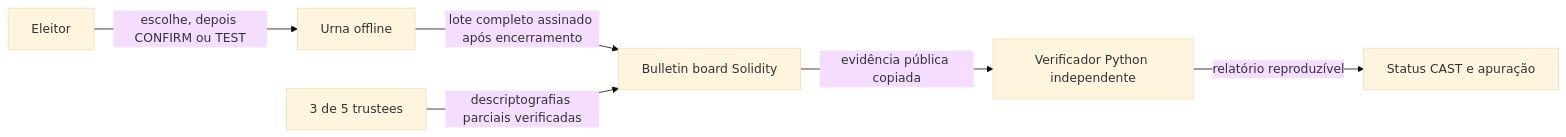
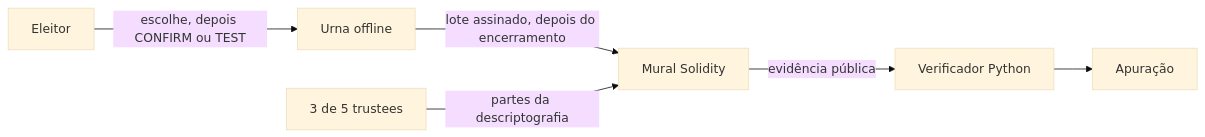
Before and after one commit to Hmenez3s/direct-publication: the diagram in README.pt-BR.md, drawn with Mermaid (base theme). The commit also changed other lines of this file and 1 other file, not shown here.

````diff
--- a/README.pt-BR.md
+++ b/README.pt-BR.md
@@ -21,8 +19,8 @@
 ```mermaid
 flowchart LR
   V[Eleitor] -->|escolhe, depois CONFIRM ou TEST| U[Urna offline]
-  U -->|lote completo assinado após encerramento| B[Bulletin board Solidity]
-  B -->|evidência pública copiada| X[Verificador Python independente]
-  T[3 de 5 trustees] -->|descriptografias parciais verificadas| B
-  X -->|relatório reproduzível| R[Status CAST e apuração]
+  U -->|lote assinado, depois do encerramento| B[Mural Solidity]
+  B -->|evidência pública| X[Verificador Python]
+  T[3 de 5 trustees] -->|partes da descriptografia| B
+  X --> R[Apuração]
 ```
````
